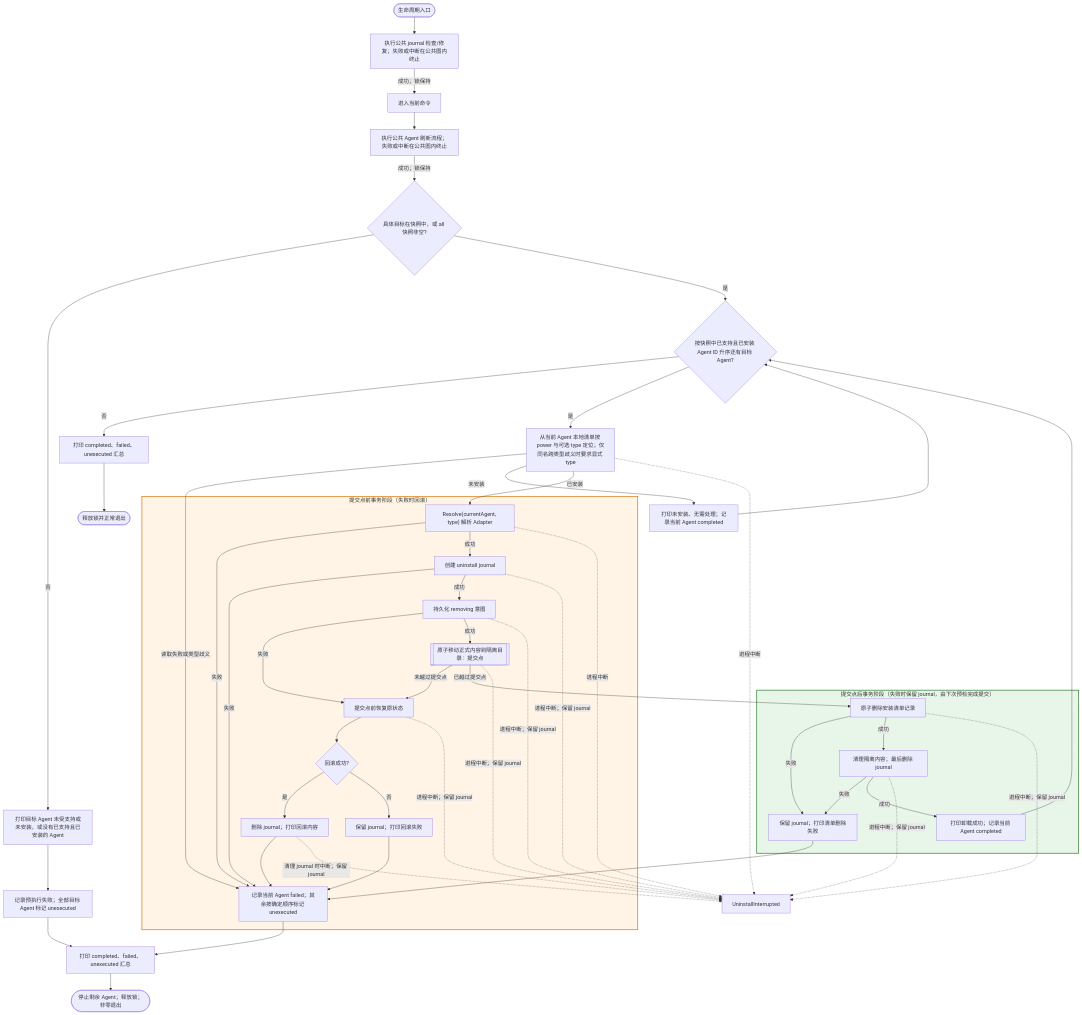
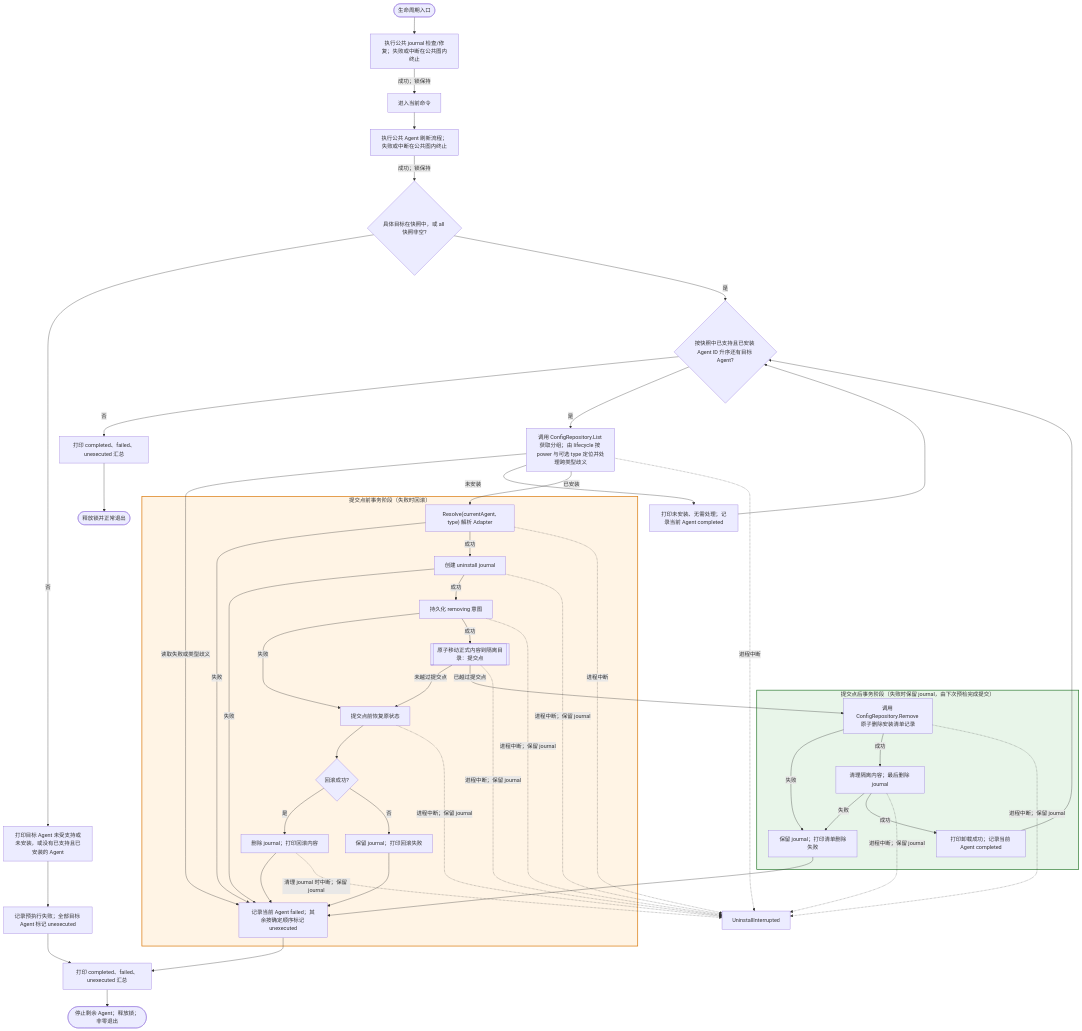
Before and after one commit to spacemit-com/agent-power-manager: the diagram in ivory-tower/c4/components/apm-cli-lifecycle-diagrams/uninstall.mmd, drawn with Mermaid. The commit also changed 11 other files, not shown here.

Commit message:
docs: design agent power config repository

```diff
--- a/ivory-tower/c4/components/apm-cli-lifecycle-diagrams/uninstall.mmd
+++ b/ivory-tower/c4/components/apm-cli-lifecycle-diagrams/uninstall.mmd
@@ -1,53 +1,53 @@
 flowchart TD
     UninstallStart([生命周期入口]) --> UninstallRecovery[执行公共 journal 检查/修复；失败或中断在公共图内终止]
     UninstallRecovery -->|成功；锁保持| UninstallCommand[进入当前命令]
 
     UninstallCommand --> UninstallDiscovery[执行公共 Agent 刷新流程；失败或中断在公共图内终止]
     UninstallDiscovery -->|成功；锁保持| UninstallTarget{具体目标在快照中，或 all 快照非空?}
     UninstallTarget -->|否| UninstallTargetFail[打印目标 Agent 未受支持或未安装，或没有已支持且已安装的 Agent] --> UninstallPreflightFail[记录预执行失败；全部目标 Agent 标记 unexecuted] --> UninstallPrintFailureSummary
     UninstallTarget -->|是| UninstallNextAgent{按快照中已支持且已安装 Agent ID 升序还有目标 Agent?}
     UninstallNextAgent -->|否| UninstallPrintSuccessSummary[打印 completed、failed、unexecuted 汇总] --> UninstallOK([释放锁并正常退出])
-    UninstallNextAgent -->|是| UninstallFind[从当前 Agent 本地清单按 power 与可选 type 定位；仅同名跨类型歧义时要求显式 type]
+    UninstallNextAgent -->|是| UninstallFind[调用 ConfigRepository.List 获取分组；由 lifecycle 按 power 与可选 type 定位并处理跨类型歧义]
     UninstallFind -->|读取失败或类型歧义| UninstallFail[记录当前 Agent failed；其余按确定顺序标记 unexecuted]
     UninstallFind -->|未安装| UninstallSkip[打印未安装、无需处理；记录当前 Agent completed] --> UninstallNextAgent
     UninstallFind -->|已安装| UninstallAdapter["Resolve(currentAgent, type) 解析 Adapter"]
     UninstallAdapter -->|失败| UninstallFail
 
     subgraph UninstallPreCommit["提交点前事务阶段（失败时回滚）"]
         UninstallAdapter -->|成功| UninstallCreateJournal[创建 uninstall journal]
         UninstallCreateJournal -->|失败| UninstallFail
         UninstallCreateJournal -->|成功| UninstallIntent[持久化 removing 意图]
         UninstallIntent -->|失败| UninstallRollback[提交点前恢复原状态]
         UninstallIntent -->|成功| UninstallQuarantine[[原子移动正式内容到隔离目录：提交点]]
         UninstallQuarantine -->|未越过提交点| UninstallRollback
         UninstallRollback --> UninstallRollbackOK{回滚成功?}
         UninstallRollbackOK -->|是| UninstallRolledBack[删除 journal；打印回滚内容]
         UninstallRollbackOK -->|否| UninstallKeepRollback[保留 journal；打印回滚失败]
     end
 
     subgraph UninstallPostCommit["提交点后事务阶段（失败时保留 journal，由下次预检完成提交）"]
-        UninstallQuarantine -->|已越过提交点| UninstallManifest[原子删除安装清单记录]
+        UninstallQuarantine -->|已越过提交点| UninstallManifest[调用 ConfigRepository.Remove 原子删除安装清单记录]
         UninstallManifest -->|失败| UninstallKeepCommit[保留 journal；打印清单删除失败]
         UninstallManifest -->|成功| UninstallCleanup[清理隔离内容；最后删除 journal]
         UninstallCleanup -->|失败| UninstallKeepCommit
         UninstallCleanup -->|成功| UninstallRemoved[打印卸载成功；记录当前 Agent completed]
     end
 
     UninstallRemoved --> UninstallNextAgent
     UninstallRolledBack --> UninstallFail
     UninstallKeepRollback --> UninstallFail
     UninstallKeepCommit --> UninstallFail
     UninstallFail --> UninstallPrintFailureSummary[打印 completed、failed、unexecuted 汇总] --> UninstallBatchError([停止剩余 Agent；释放锁；非零退出])
 
     UninstallFind -.进程中断.-> UninstallInterrupted
     UninstallAdapter -.进程中断.-> UninstallInterrupted
     UninstallCreateJournal -.进程中断；保留 journal.-> UninstallInterrupted
     UninstallIntent -.进程中断；保留 journal.-> UninstallInterrupted
     UninstallQuarantine -.进程中断；保留 journal.-> UninstallInterrupted
     UninstallManifest -.进程中断；保留 journal.-> UninstallInterrupted
     UninstallCleanup -.进程中断；保留 journal.-> UninstallInterrupted
     UninstallRollback -.进程中断；保留 journal.-> UninstallInterrupted
     UninstallRolledBack -.清理 journal 时中断；保留 journal.-> UninstallInterrupted
 
     style UninstallPreCommit fill:#fff4e5,stroke:#d97706,stroke-width:2px
     style UninstallPostCommit fill:#e8f5e9,stroke:#2e7d32,stroke-width:2px
```
